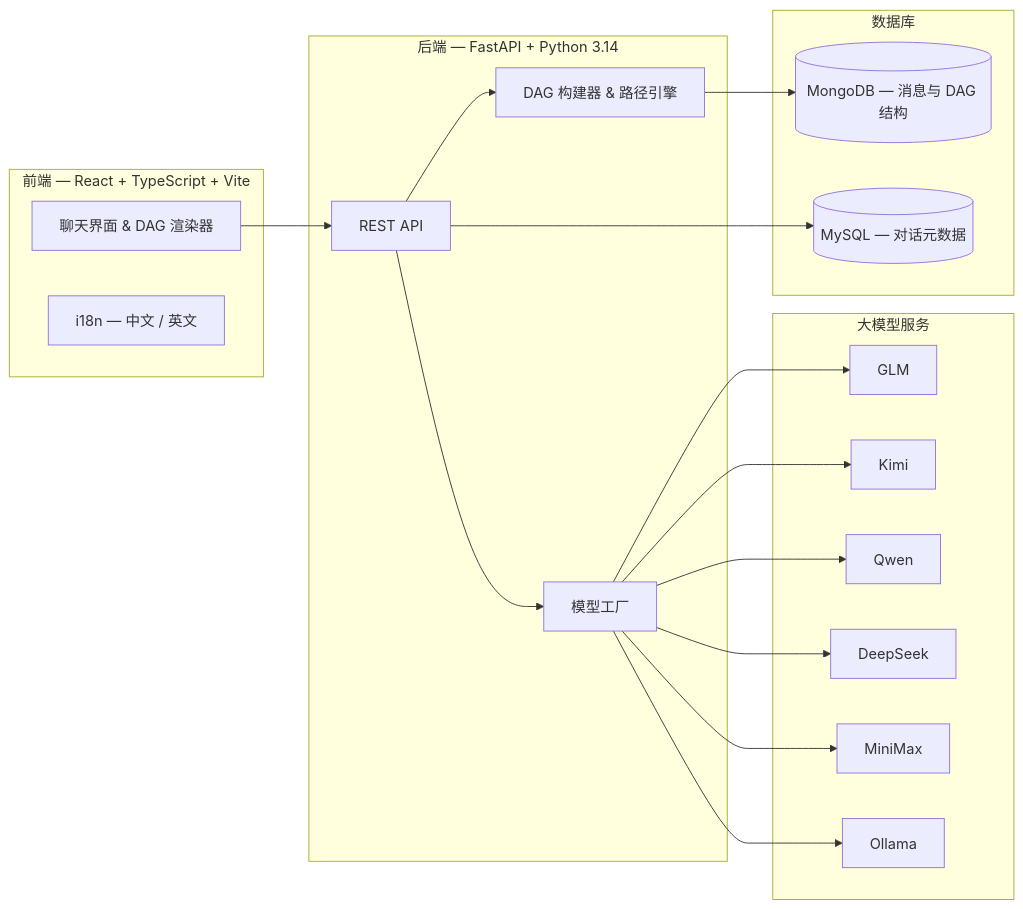
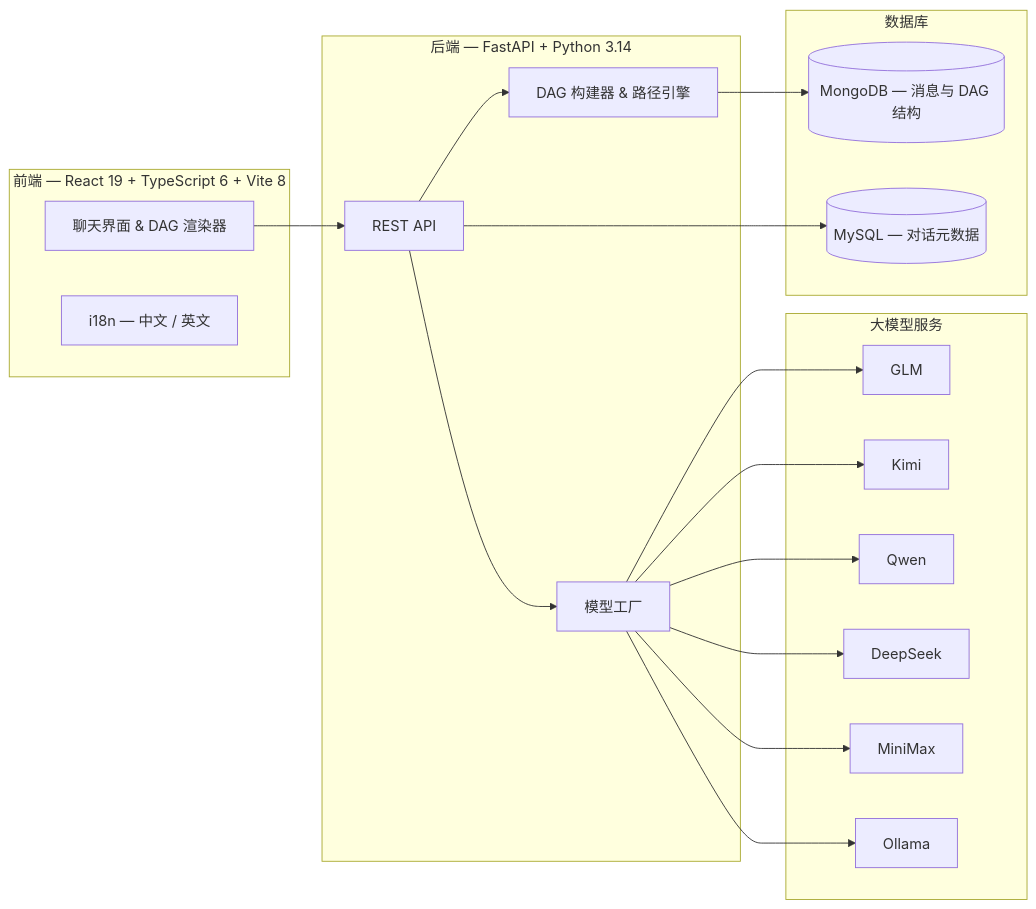
One commit to ZM-BAD/DAG-chat changed the diagram in README_zh.md. Above: the diagram before and after it, drawn with Mermaid. The commit also changed 11 other files, not shown here.

First line of the commit message:
build(frontend): upgrade TypeScript to 6.0.3

````diff
--- a/README_zh.md
+++ b/README_zh.md
@@ -49,24 +49,24 @@
 ```mermaid
 graph LR
-    subgraph Frontend ["前端 — React + TypeScript + Vite"]
+    subgraph Frontend ["前端 — React 19 + TypeScript 6 + Vite 8"]
         UI[聊天界面 & DAG 渲染器]
         i18n[i18n — 中文 / 英文]
     end
     subgraph Backend ["后端 — FastAPI + Python 3.14"]
         API[REST API]
         Factory[模型工厂]
         DAGLogic[DAG 构建器 & 路径引擎]
     end
     subgraph LLM ["大模型服务"]
         GLM & Kimi & Qwen & DS[DeepSeek] & MM[MiniMax] & Ollama
     end
     subgraph Storage ["数据库"]
         MongoDB[(MongoDB — 消息与 DAG 结构)]
         MySQL[(MySQL — 对话元数据)]
     end
 
     UI --> API
     API --> Factory --> GLM & Kimi & Qwen & DS & MM & Ollama
     API --> DAGLogic --> MongoDB
     API --> MySQL
 ```
````
